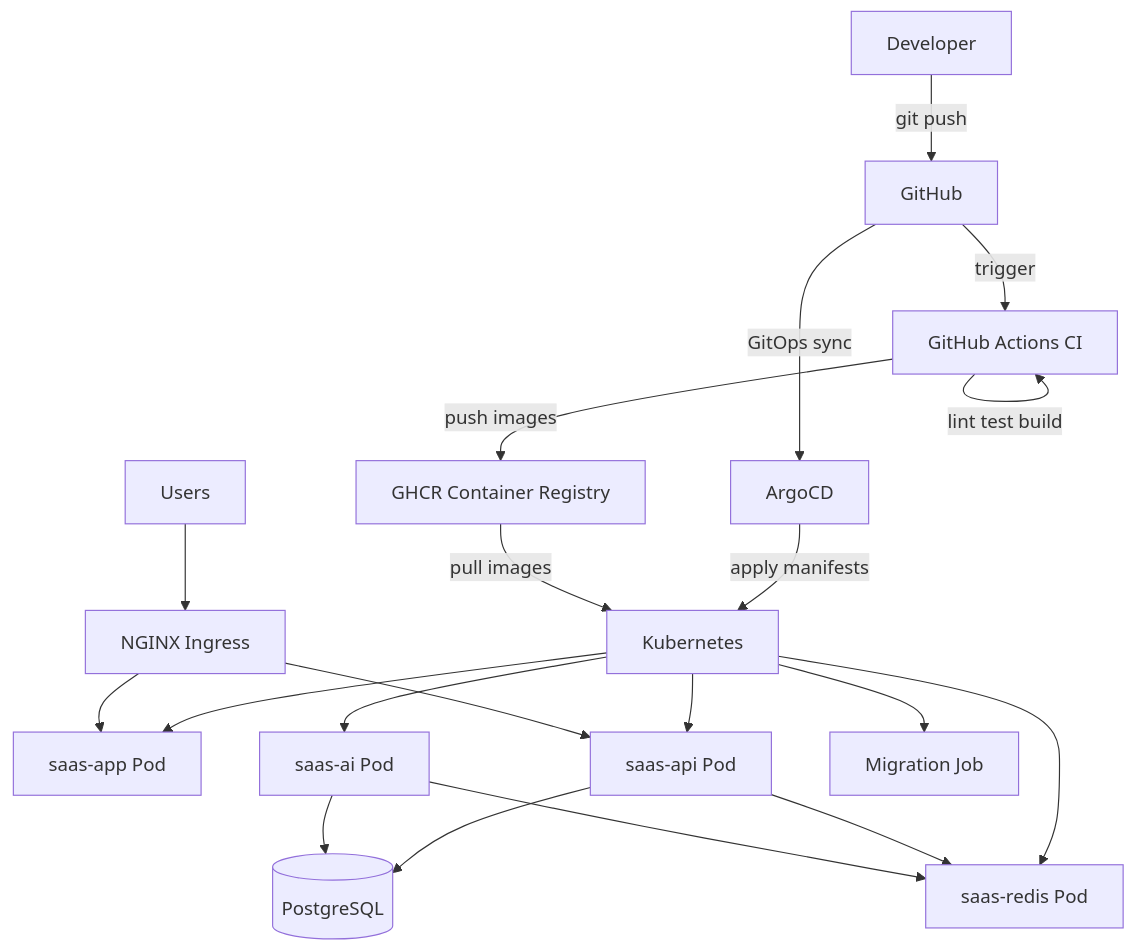
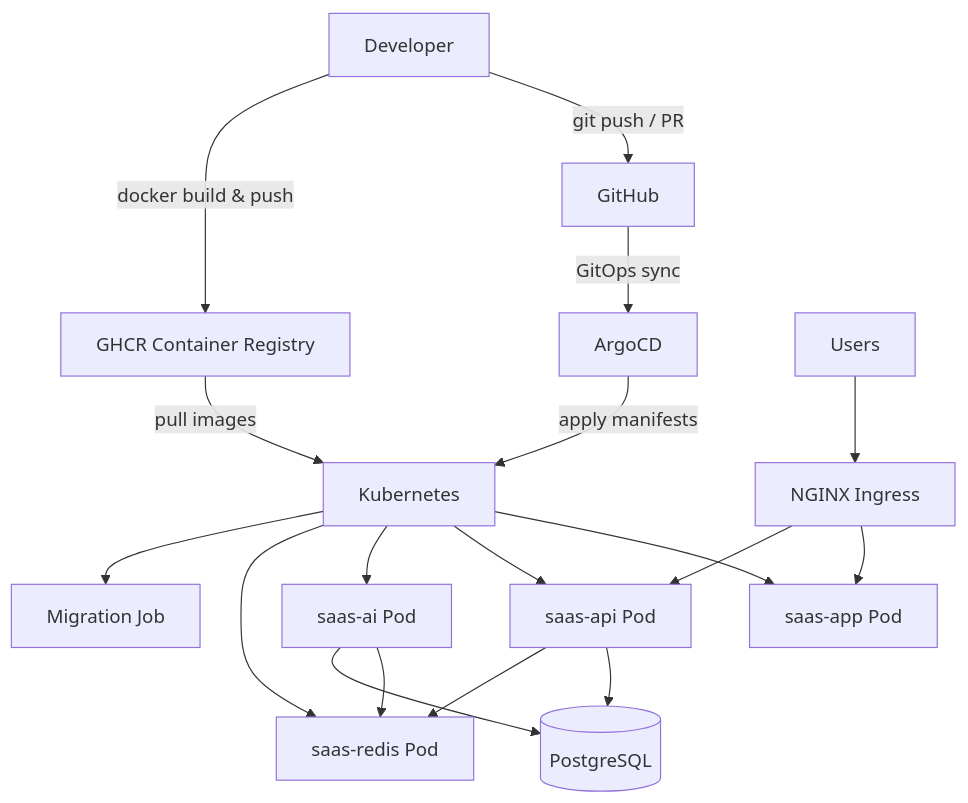
The fifth of 5 diagrams in doc/architecture/overview.md (mansourhaa/matchyplus-site-test-front-end), drawn with Mermaid before and after one commit. The commit also changed 13 other files, not shown here.

First line of the commit message:
chore: remove GitHub Actions; rely on local checks

````diff
--- a/doc/architecture/overview.md
+++ b/doc/architecture/overview.md
@@ -126,24 +126,22 @@
 ```mermaid
 flowchart TB
-    Dev[Developer] -->|git push| GH[GitHub]
-    GH -->|trigger| GHA[GitHub Actions CI]
-    GHA -->|lint test build| GHA
-    GHA -->|push images| GHCR[GHCR Container Registry]
+    Dev[Developer] -->|git push / PR| GH[GitHub]
+    Dev -->|docker build & push| GHCR[GHCR Container Registry]
 
     GH -->|GitOps sync| Argo[ArgoCD]
     Argo -->|apply manifests| K8s[Kubernetes]
 
     GHCR -->|pull images| K8s
     K8s --> AppPod[saas-app Pod]
     K8s --> APIPod[saas-api Pod]
     K8s --> AIPod[saas-ai Pod]
     K8s --> RedisPod[saas-redis Pod]
     K8s --> MigrateJob[Migration Job]
     APIPod --> PG[(PostgreSQL)]
     APIPod --> RedisPod
     AIPod --> RedisPod
     AIPod --> PG
     Ingress[NGINX Ingress] --> AppPod
     Ingress --> APIPod
     Users[Users] --> Ingress
 ```
````
